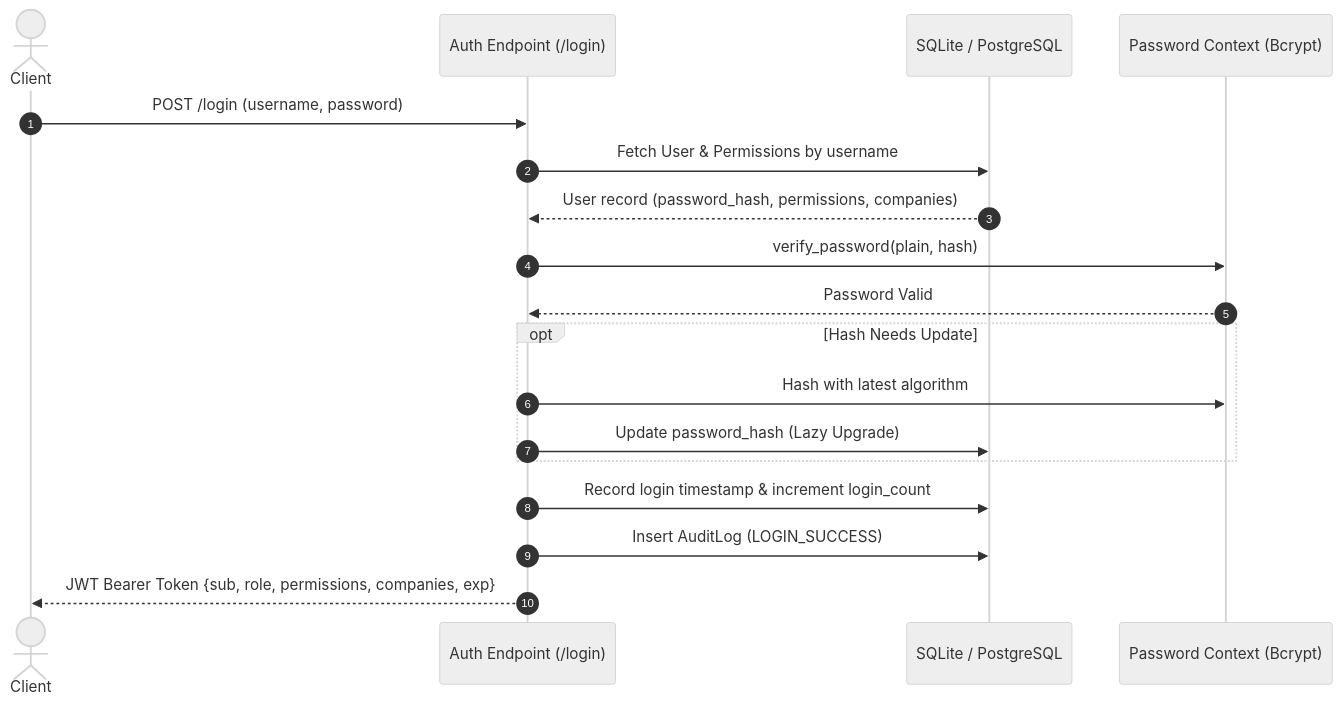
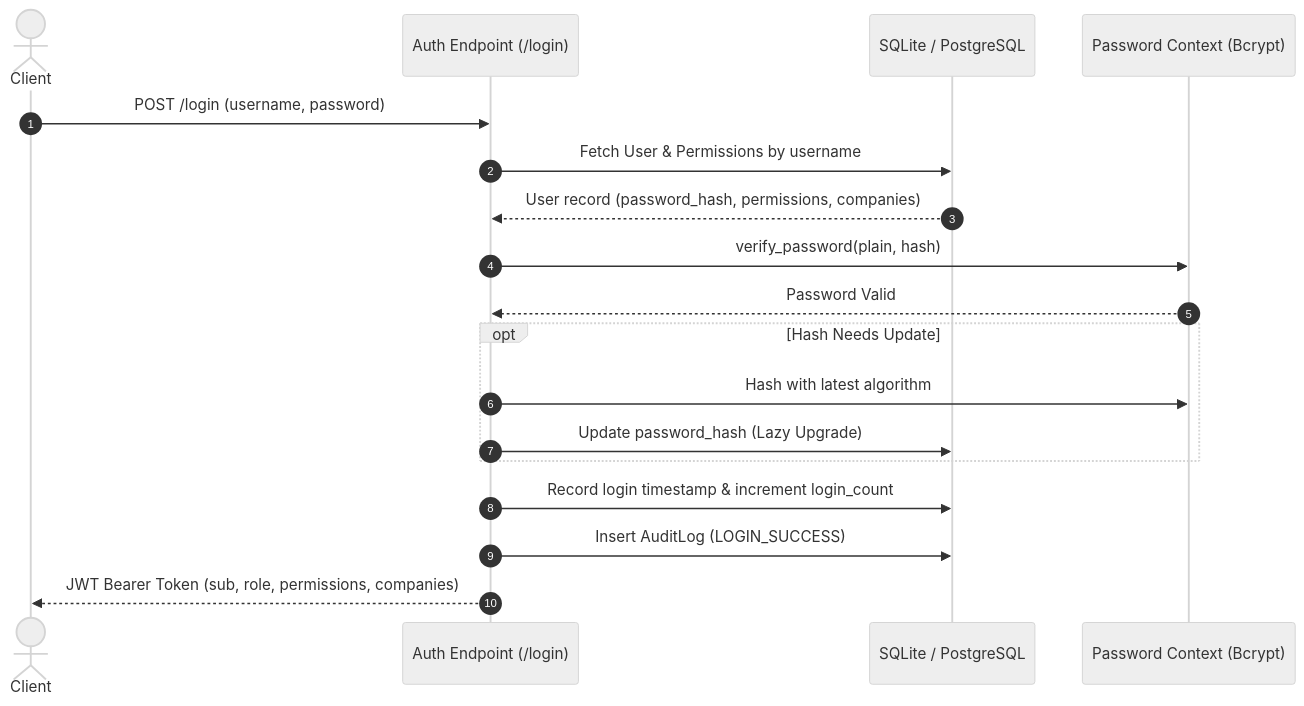
Before and after one commit to IDKHowToCodeFR/uidai-dashboard: the fifth of 6 diagrams in ARCHITECTURE.md, drawn with Mermaid (neutral theme). The commit also changed other lines of this file and 14 other files, not shown here.

````diff
--- a/ARCHITECTURE.md
+++ b/ARCHITECTURE.md
@@ -192,21 +191,21 @@
 ```mermaid
 sequenceDiagram
     autonumber
     actor User as Client
     participant Auth as Auth Endpoint (/login)
     participant DB as SQLite / PostgreSQL
     participant Crypt as Password Context (Bcrypt)
 
     User->>Auth: POST /login (username, password)
     Auth->>DB: Fetch User & Permissions by username
     DB-->>Auth: User record (password_hash, permissions, companies)
     Auth->>Crypt: verify_password(plain, hash)
     Crypt-->>Auth: Password Valid
     opt Hash Needs Update
         Auth->>Crypt: Hash with latest algorithm
         Auth->>DB: Update password_hash (Lazy Upgrade)
     end
     Auth->>DB: Record login timestamp & increment login_count
     Auth->>DB: Insert AuditLog (LOGIN_SUCCESS)
-    Auth-->>User: JWT Bearer Token {sub, role, permissions, companies, exp}
+    Auth-->>User: JWT Bearer Token (sub, role, permissions, companies)
 ```
````
